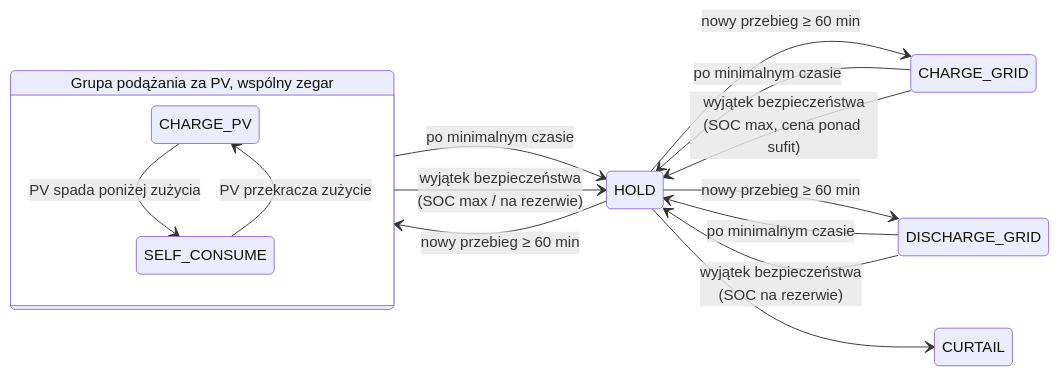
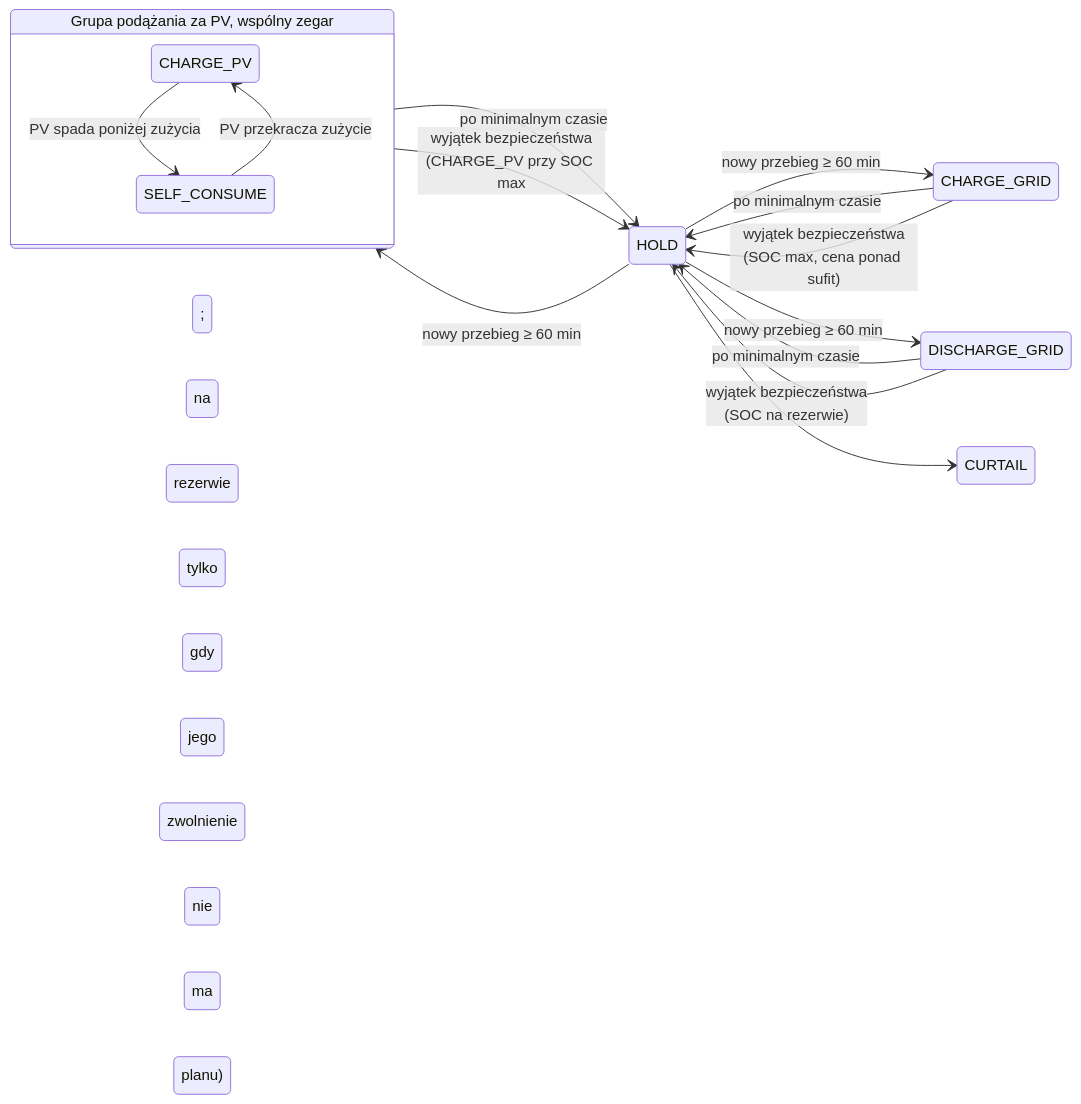
One commit to datamindzio/ha-energy-compass changed the seventh of 13 diagrams in docs/guide.pl.md. Above: the diagram before and after it, drawn with Mermaid. The commit also changed other lines of this file and 20 other files, not shown here.

````diff
--- a/docs/guide.pl.md
+++ b/docs/guide.pl.md
@@ -667,18 +667,18 @@
 ```mermaid
 stateDiagram-v2
     direction LR
     state "Grupa podążania za PV, wspólny zegar" as PVF {
         CHARGE_PV --> SELF_CONSUME: PV spada poniżej zużycia
         SELF_CONSUME --> CHARGE_PV: PV przekracza zużycie
     }
     HOLD --> PVF: nowy przebieg ≥ 60 min
     HOLD --> CHARGE_GRID: nowy przebieg ≥ 60 min
     HOLD --> DISCHARGE_GRID: nowy przebieg ≥ 60 min
     HOLD --> CURTAIL
     PVF --> HOLD: po minimalnym czasie
     CHARGE_GRID --> HOLD: po minimalnym czasie
     DISCHARGE_GRID --> HOLD: po minimalnym czasie
     CHARGE_GRID --> HOLD: wyjątek bezpieczeństwa<br/>(SOC max, cena ponad sufit)
-    PVF --> HOLD: wyjątek bezpieczeństwa<br/>(SOC max / na rezerwie)
+    PVF --> HOLD: wyjątek bezpieczeństwa<br/>(CHARGE_PV przy SOC max; SELF_CONSUME na rezerwie tylko gdy jego zwolnienie nie ma planu)
     DISCHARGE_GRID --> HOLD: wyjątek bezpieczeństwa<br/>(SOC na rezerwie)
 ```
````
